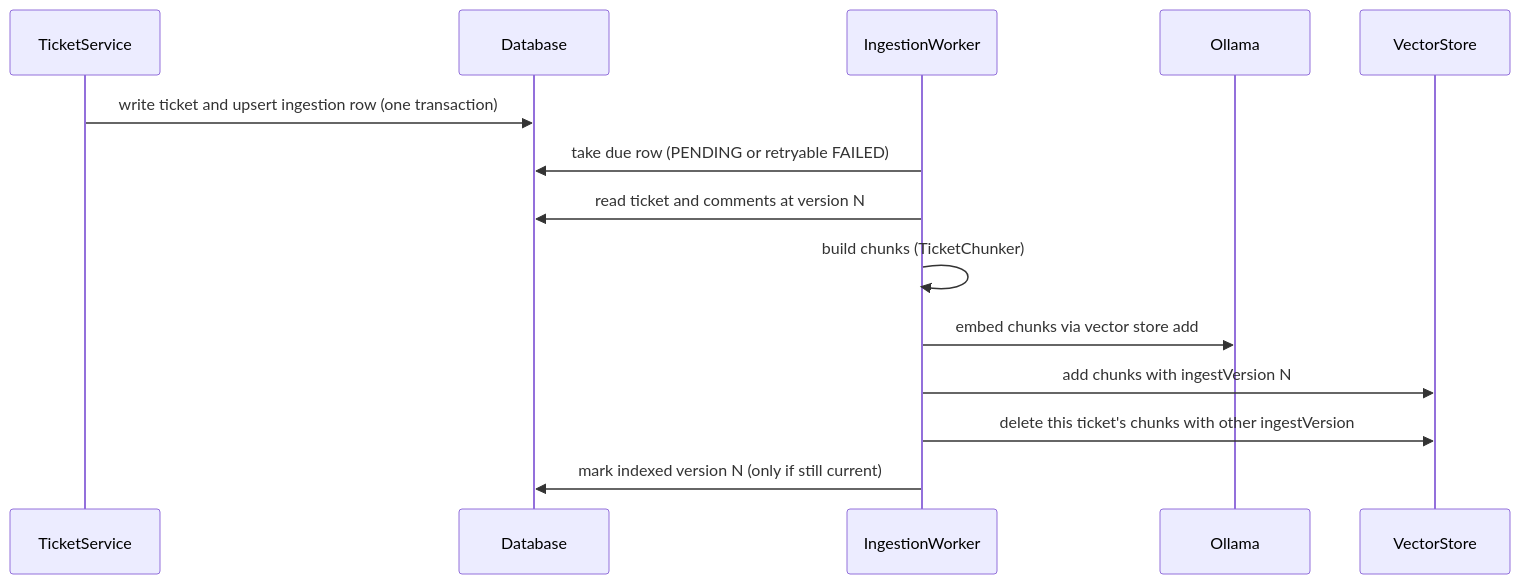
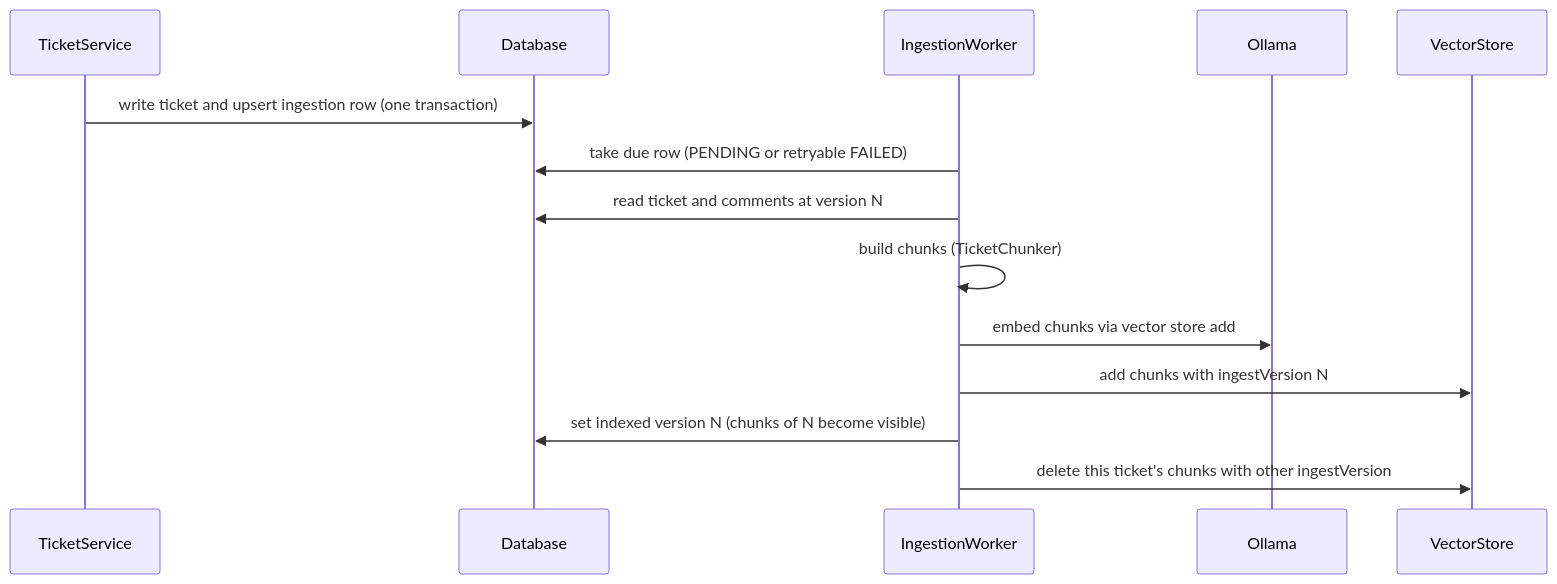
Before and after one commit to arpitdubey007/ticket-management-system-c2: the second of 4 diagrams in spec/architecture.md, drawn with Mermaid. The commit also changed other lines of this file and 3 other files, not shown here.

````diff
--- a/spec/architecture.md
+++ b/spec/architecture.md
@@ -284,16 +284,16 @@
 ```mermaid
 sequenceDiagram
   participant Svc as TicketService
   participant Db as Database
   participant W as IngestionWorker
   participant O as Ollama
   participant V as VectorStore
   Svc->>Db: write ticket and upsert ingestion row (one transaction)
   W->>Db: take due row (PENDING or retryable FAILED)
   W->>Db: read ticket and comments at version N
   W->>W: build chunks (TicketChunker)
   W->>O: embed chunks via vector store add
   W->>V: add chunks with ingestVersion N
+  W->>Db: set indexed version N (chunks of N become visible)
   W->>V: delete this ticket's chunks with other ingestVersion
-  W->>Db: mark indexed version N (only if still current)
 ```
````
